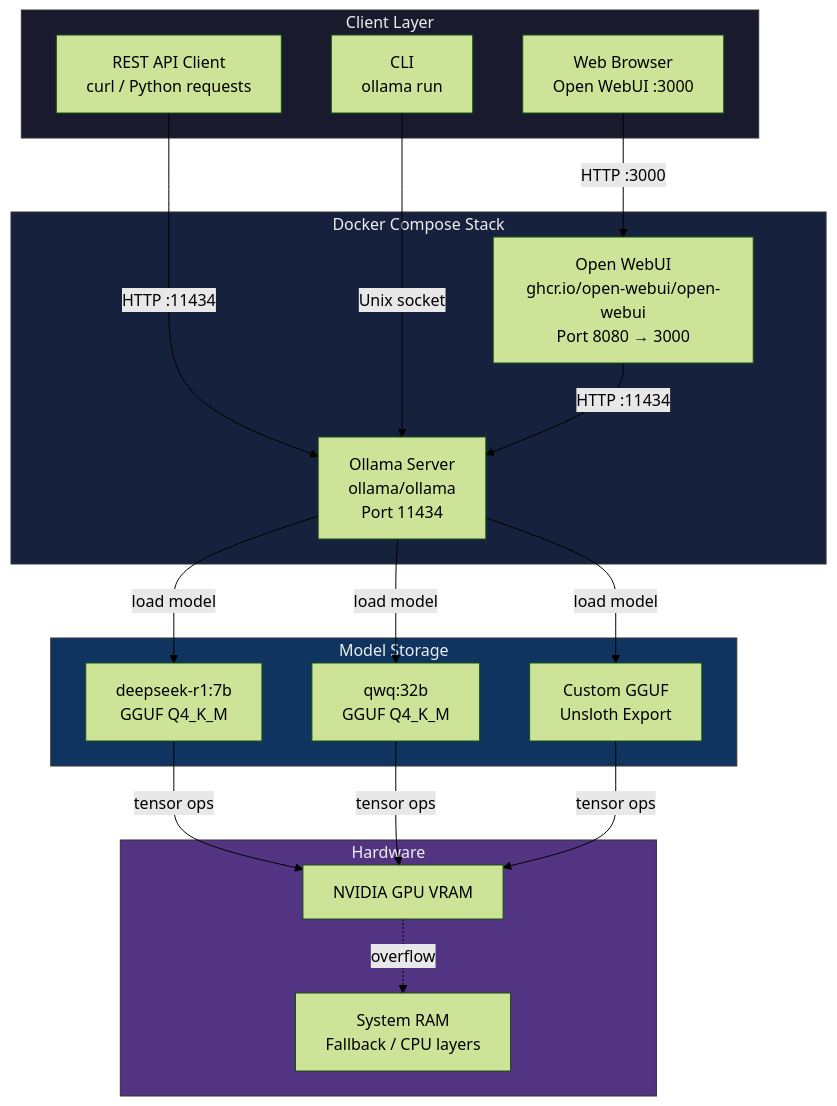
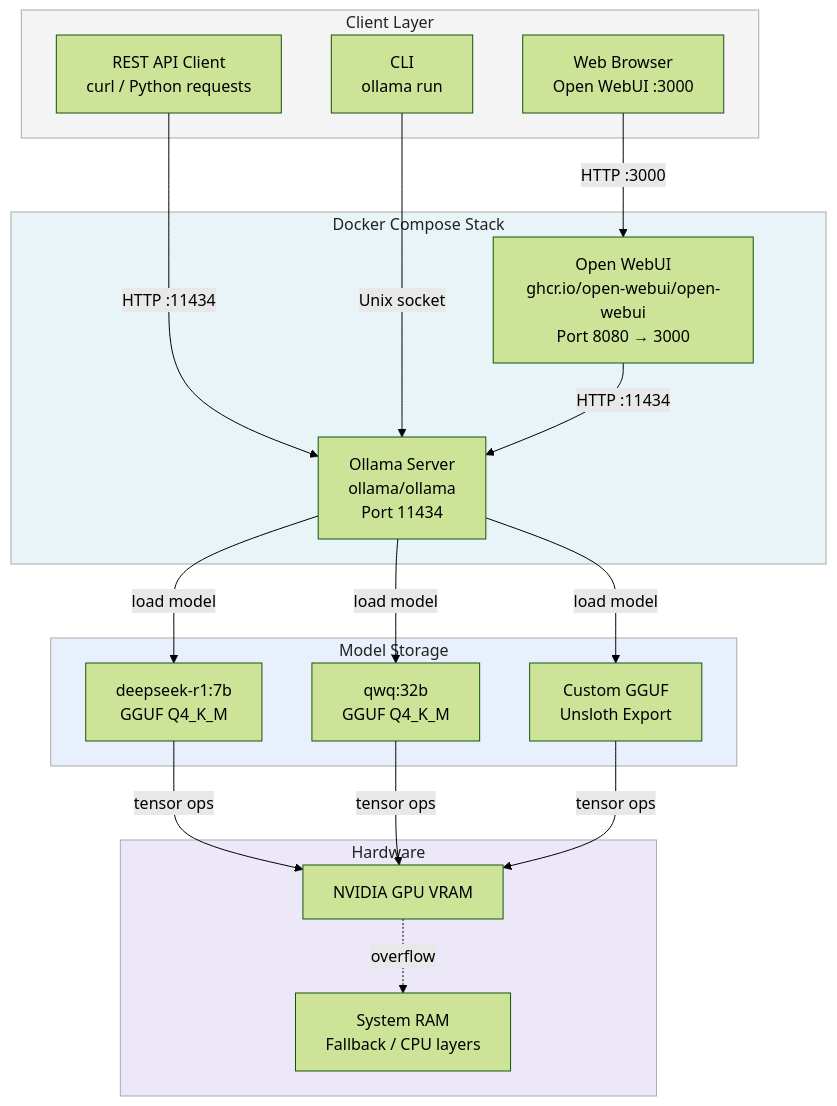
The third of 5 diagrams in reasoning/README.md (jylhakos/autonomous-artificial-intelligence), drawn with Mermaid (forest theme) before and after one commit. The commit also changed other lines of this file, not shown here.

````diff
--- a/reasoning/README.md
+++ b/reasoning/README.md
@@ -960,41 +960,41 @@
 ```mermaid
 graph TD
     subgraph Client["Client Layer"]
         B1[Web Browser\nOpen WebUI :3000]
         B2[REST API Client\ncurl / Python requests]
         B3[CLI\nollama run]
     end
 
     subgraph Docker["Docker Compose Stack"]
         WUI[Open WebUI\nghcr.io/open-webui/open-webui\nPort 8080 → 3000]
         OL[Ollama Server\nollama/ollama\nPort 11434]
     end
 
     subgraph Models["Model Storage"]
         M1[deepseek-r1:7b\nGGUF Q4_K_M]
         M2[qwq:32b\nGGUF Q4_K_M]
         M3[Custom GGUF\nUnsloth Export]
     end
 
     subgraph GPU["Hardware"]
         VRAM[NVIDIA GPU VRAM]
         RAM[System RAM\nFallback / CPU layers]
     end
 
     B1 -- HTTP :3000 --> WUI
     B2 -- HTTP :11434 --> OL
     B3 -- Unix socket --> OL
     WUI -- HTTP :11434 --> OL
     OL -- load model --> M1
     OL -- load model --> M2
     OL -- load model --> M3
     M1 -- tensor ops --> VRAM
     M2 -- tensor ops --> VRAM
     M3 -- tensor ops --> VRAM
     VRAM -. overflow .-> RAM
 
-    style Client fill:#1a1a2e,color:#eee,stroke:#333
-    style Docker fill:#16213e,color:#eee,stroke:#333
-    style Models fill:#0f3460,color:#eee,stroke:#333
-    style GPU fill:#533483,color:#eee,stroke:#333
+    style Client fill:#f4f4f4,color:#222,stroke:#aaa
+    style Docker fill:#e8f4f8,color:#222,stroke:#aaa
+    style Models fill:#e8f0fe,color:#222,stroke:#aaa
+    style GPU fill:#ede8f8,color:#222,stroke:#aaa
 ```
````
